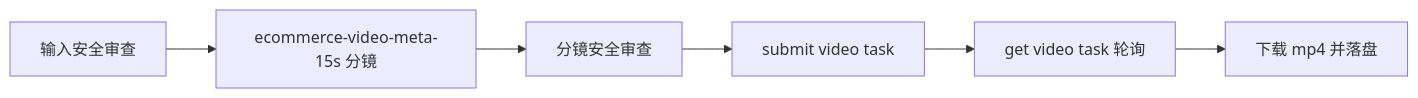
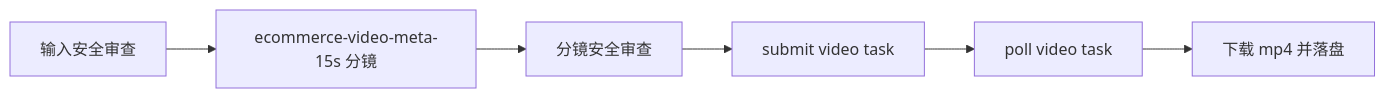
The third of 3 diagrams in SPEC.md (kyrieljy/Listingo), drawn with Mermaid before and after one commit. The commit also changed other lines of this file and 105 other files, not shown here.

````diff
--- a/SPEC.md
+++ b/SPEC.md
@@ -87,8 +109,8 @@
 ```mermaid
 flowchart LR
   A["输入安全审查"] --> B["ecommerce-video-meta-15s 分镜"]
   B --> C["分镜安全审查"]
   C --> D["submit video task"]
-  D --> E["get video task 轮询"]
+  D --> E["poll video task"]
   E --> F["下载 mp4 并落盘"]
 ```
````
